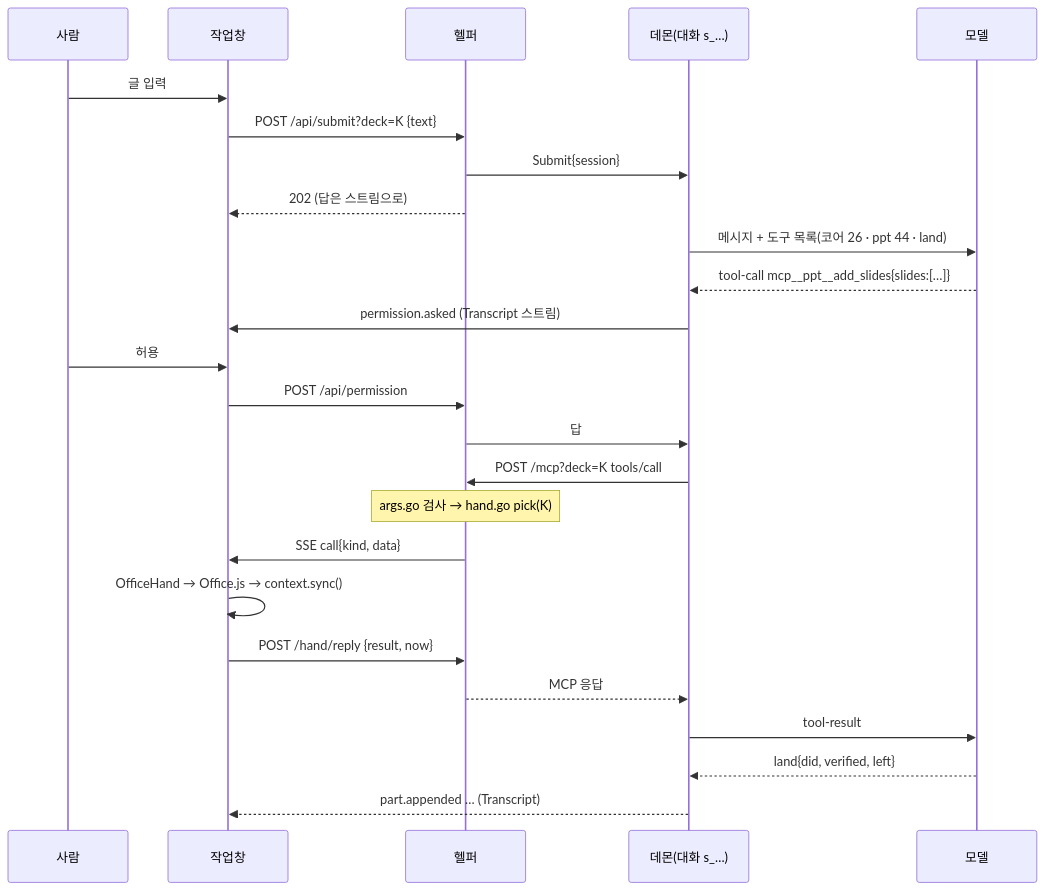
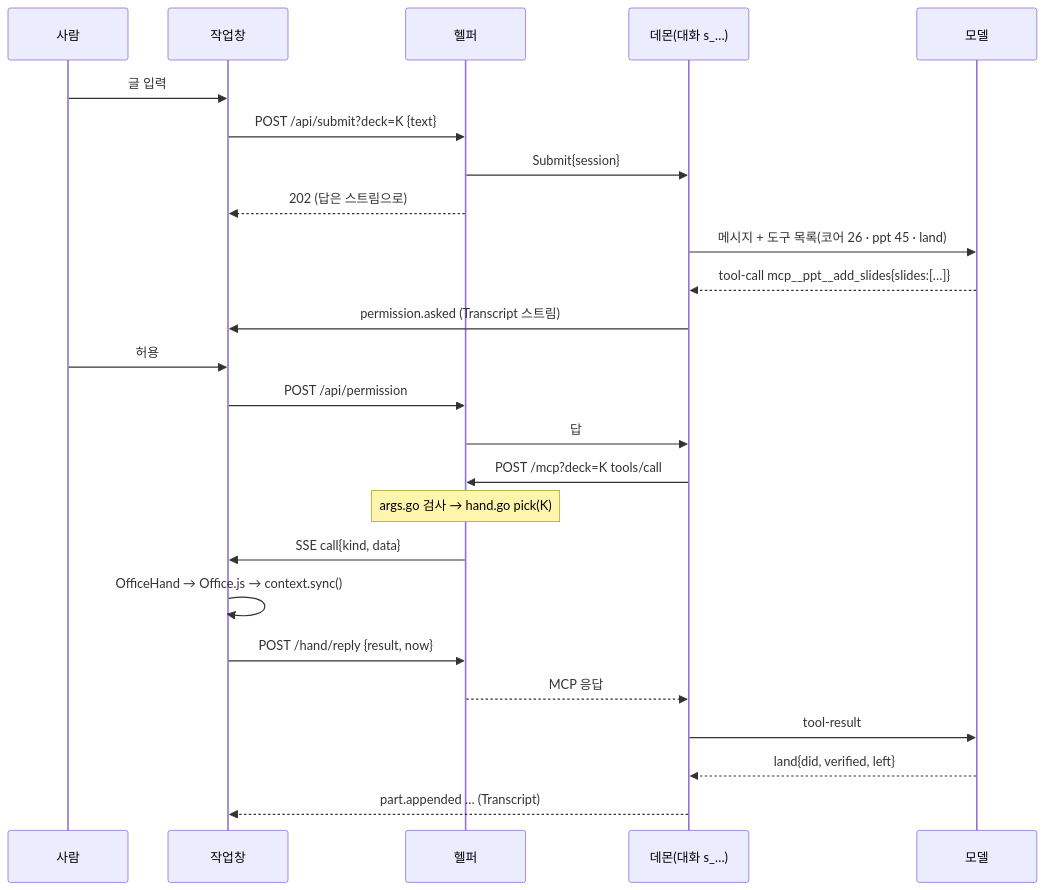
The second of 7 diagrams in clients/powerpoint/docs/DIAGRAMS.ko.md (sayaya1090/magi), drawn with Mermaid before and after one commit. The commit also changed other lines of this file and 10 other files, not shown here.

````diff
--- a/clients/powerpoint/docs/DIAGRAMS.ko.md
+++ b/clients/powerpoint/docs/DIAGRAMS.ko.md
@@ -52,27 +52,27 @@
 ```mermaid
 sequenceDiagram
   participant U as 사람
   participant P as 작업창
   participant H as 헬퍼
   participant D as 데몬(대화 s_…)
   participant M as 모델
   U->>P: 글 입력
   P->>H: POST /api/submit?deck=K {text}
   H->>D: Submit{session}
   H-->>P: 202 (답은 스트림으로)
-  D->>M: 메시지 + 도구 목록(코어 26 · ppt 44 · land)
+  D->>M: 메시지 + 도구 목록(코어 26 · ppt 45 · land)
   M-->>D: tool-call mcp__ppt__add_slides{slides:[…]}
   D->>P: permission.asked (Transcript 스트림)
   U->>P: 허용
   P->>H: POST /api/permission
   H->>D: 답
   D->>H: POST /mcp?deck=K tools/call
   Note over H: args.go 검사 → hand.go pick(K)
   H->>P: SSE call{kind, data}
   P->>P: OfficeHand → Office.js → context.sync()
   P->>H: POST /hand/reply {result, now}
   H-->>D: MCP 응답
   D->>M: tool-result
   M-->>D: land{did, verified, left}
   D-->>P: part.appended … (Transcript)
 ```
````
